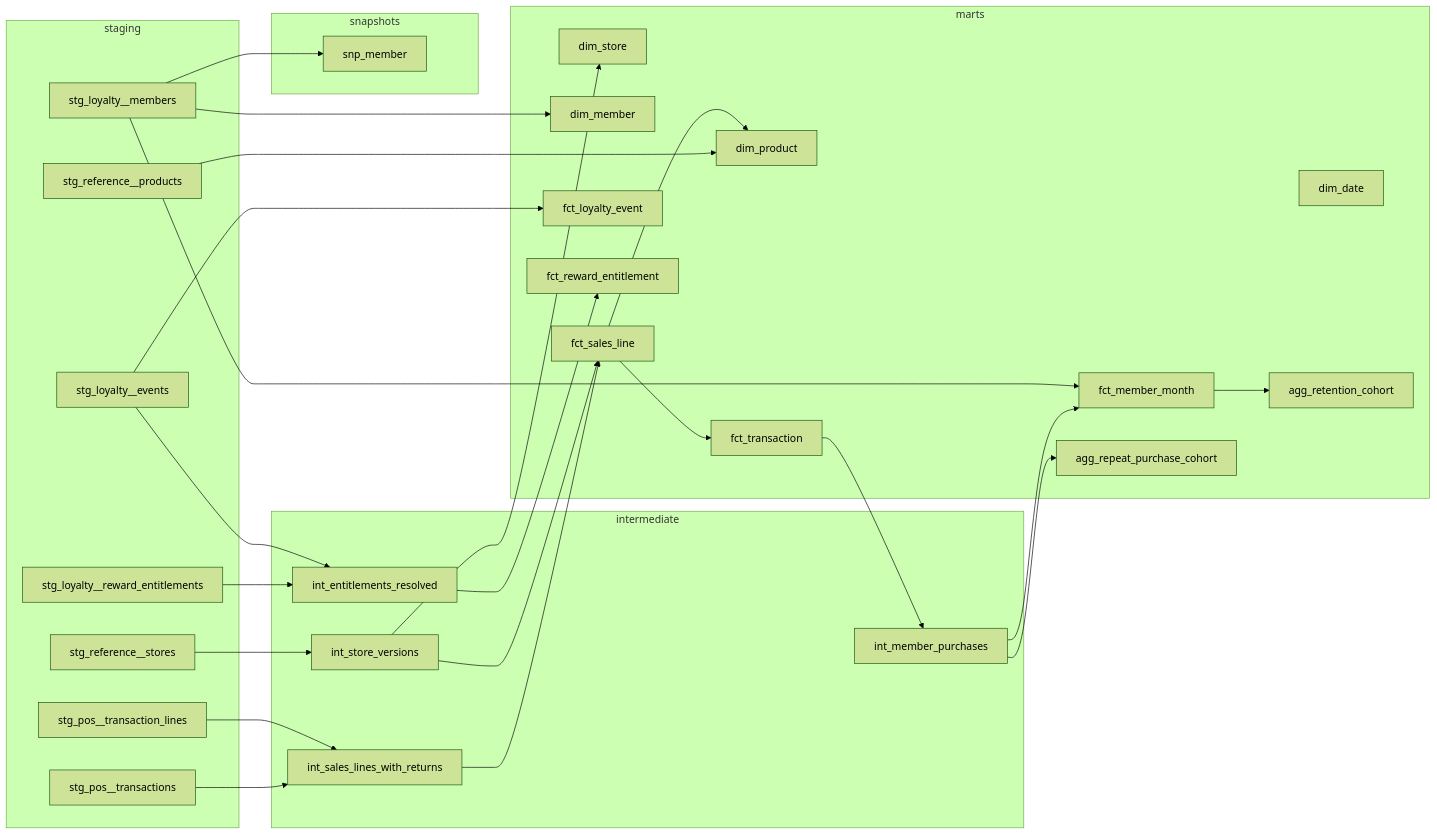
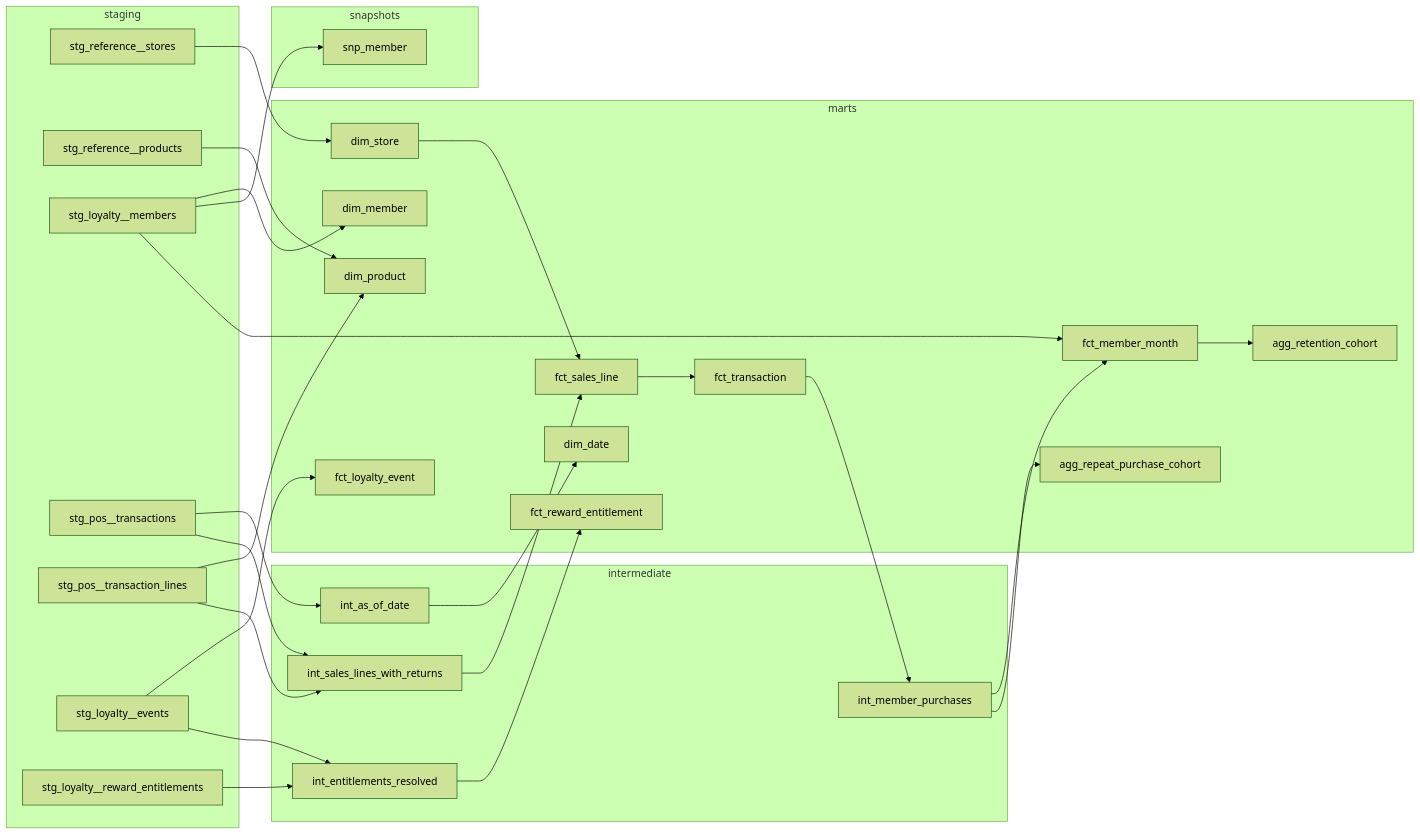
The diagram in cases/02-retail-loyalty-analytics/docs/data-model.md (mhanssari/Data-AI-Engineering-Portfolio), drawn with Mermaid (forest theme) before and after one commit. The commit also changed other lines of this file and 15 other files, not shown here.

````diff
--- a/cases/02-retail-loyalty-analytics/docs/data-model.md
+++ b/cases/02-retail-loyalty-analytics/docs/data-model.md
@@ -51,45 +51,45 @@
 ```mermaid
 flowchart LR
   subgraph staging
     S1[stg_reference__stores]
     S2[stg_reference__products]
     S3[stg_loyalty__members]
     S4[stg_pos__transactions]
     S5[stg_pos__transaction_lines]
     S6[stg_loyalty__events]
     S7[stg_loyalty__reward_entitlements]
   end
   subgraph intermediate
-    I1[int_store_versions]
+    I0[int_as_of_date]
     I2[int_sales_lines_with_returns]
     I3[int_member_purchases]
     I4[int_entitlements_resolved]
   end
   subgraph snapshots
     P1[snp_member]
   end
   subgraph marts
     D1[dim_date]
     D2[dim_store]
     D3[dim_product]
     D4[dim_member]
     F1[fct_sales_line]
     F2[fct_transaction]
     F3[fct_loyalty_event]
     F4[fct_reward_entitlement]
     F5[fct_member_month]
     A1[agg_repeat_purchase_cohort]
     A2[agg_retention_cohort]
   end
-  S1 --> I1 --> D2
-  S2 --> D3
+  S4 --> I0 --> D1
+  S1 --> D2
+  S2 & S5 --> D3
   S4 & S5 --> I2 --> F1 --> F2
-  I1 --> F1
-  F1 --> D3
+  D2 --> F1
   S3 --> D4
   S3 --> P1
   F2 --> I3 --> F5 & A1
   S3 --> F5 --> A2
   S6 --> F3
   S7 & S6 --> I4 --> F4
 ```
````
